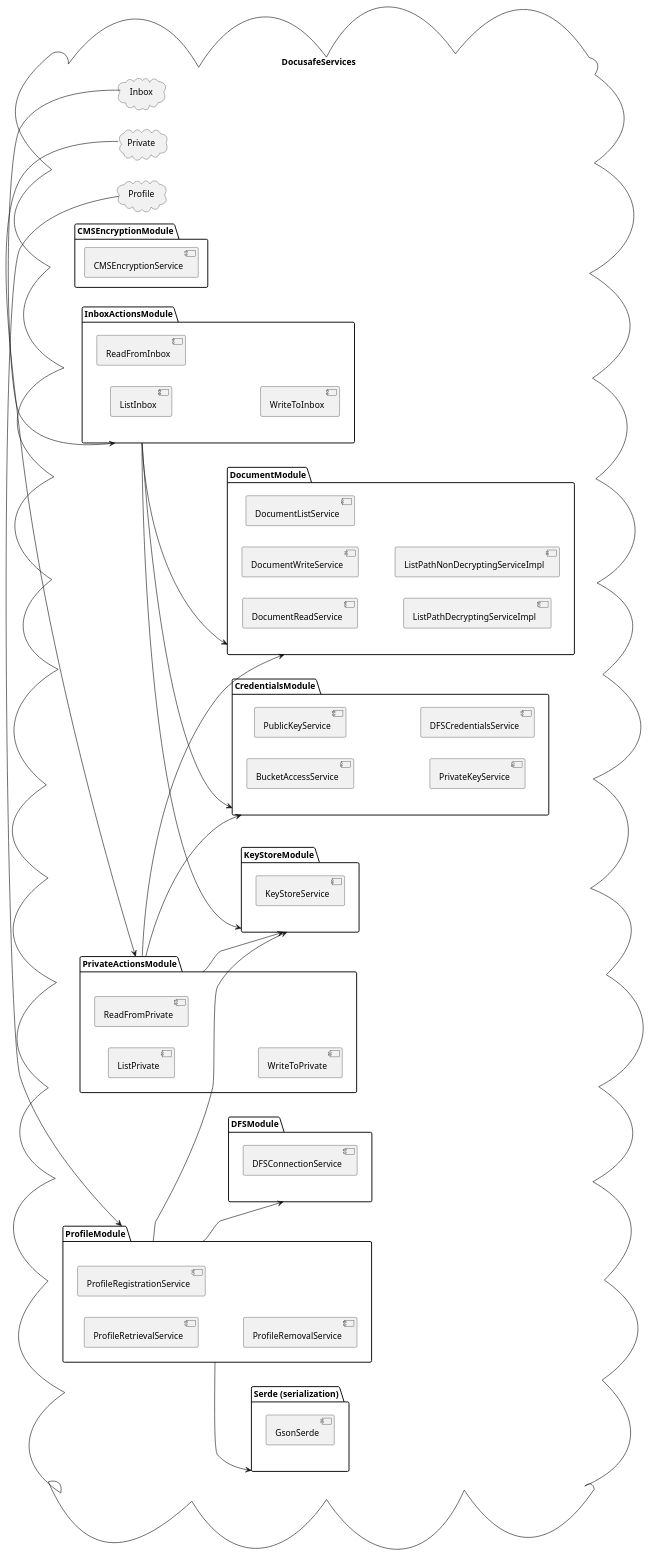
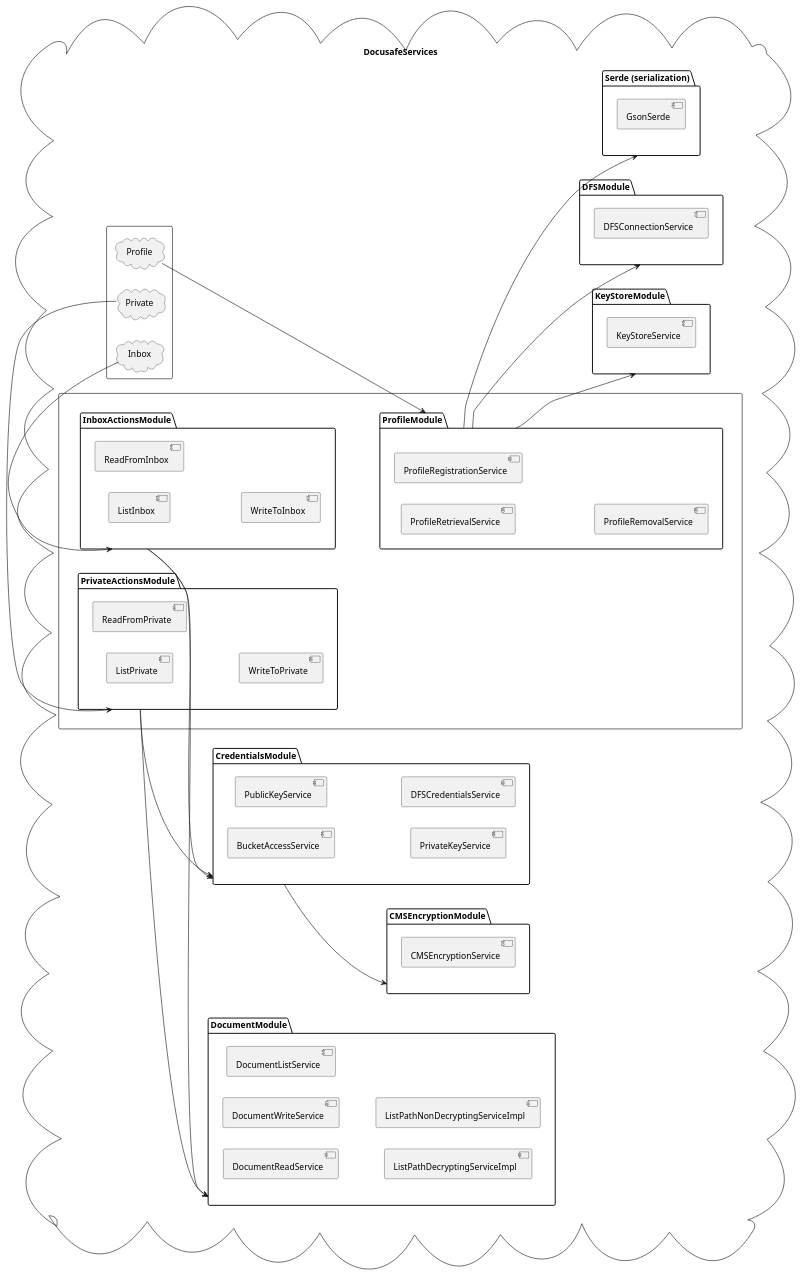
The diagram in docs/modular/modules.puml (adorsys/datasafe), drawn with PlantUML before and after one commit. The commit also changed 1 other file, not shown here.

```diff
--- a/docs/modular/modules.puml
+++ b/docs/modular/modules.puml
@@ -1,83 +1,85 @@
 @startuml
+left to right direction
+
+
 
 cloud "DocusafeServices" {
-
-left to right direction
-  together {
+  rectangle {
     cloud "Inbox" {
     }
 
     cloud "Private" {
     }
 
     cloud "Profile" {
     }
   }
 
+  rectangle {
+    package "InboxActionsModule" as inbox {
+      [ListInbox]
+      [ReadFromInbox]
+      [WriteToInbox]
+    }
 
-  package "CredentialsModule" {
-    [BucketAccessService]
-    [PublicKeyService]
-    [PrivateKeyService]
-    [DFSCredentialsService]
+    package "PrivateActionsModule" as private {
+      [ListPrivate]
+      [ReadFromPrivate]
+      [WriteToPrivate]
+    }
+
+    package "ProfileModule" as profile {
+      [ProfileRetrievalService]
+      [ProfileRegistrationService]
+      [ProfileRemovalService]
+    }
   }
 
   package "KeyStoreModule" {
     [KeyStoreService]
   }
 
   package "DocumentModule" {
     [DocumentReadService]
     [DocumentWriteService]
     [DocumentListService]
     [ListPathDecryptingServiceImpl]
     [ListPathNonDecryptingServiceImpl]
   }
 
   package "DFSModule" {
     [DFSConnectionService]
   }
 
   package "CMSEncryptionModule" {
     [CMSEncryptionService]
   }
 
   package "Serde (serialization)" as serde {
       [GsonSerde]
-    }
-
-  package "InboxActionsModule" as inbox {
-    [ListInbox]
-    [ReadFromInbox]
-    [WriteToInbox]
   }
 
-  package "PrivateActionsModule" as private {
-    [ListPrivate]
-    [ReadFromPrivate]
-    [WriteToPrivate]
-  }
-
-  package "ProfileModule" as profile {
-    [ProfileRetrievalService]
-    [ProfileRegistrationService]
-    [ProfileRemovalService]
+  package "CredentialsModule" {
+    [BucketAccessService]
+    [PublicKeyService]
+    [PrivateKeyService]
+    [DFSCredentialsService]
   }
 
   Inbox -> inbox
   Private -> private
   Profile -> profile
-
+  
   inbox -down-> CredentialsModule
   inbox -down-> DocumentModule
-  inbox -down-> KeyStoreModule
 
   private -down-> CredentialsModule
   private -down-> DocumentModule
-  private -down-> KeyStoreModule
 
   profile -down-> serde
   profile -down-> KeyStoreModule
   profile -down-> DFSModule
+
+  CredentialsModule -down-> CMSEncryptionModule
 }
 @enduml
```
